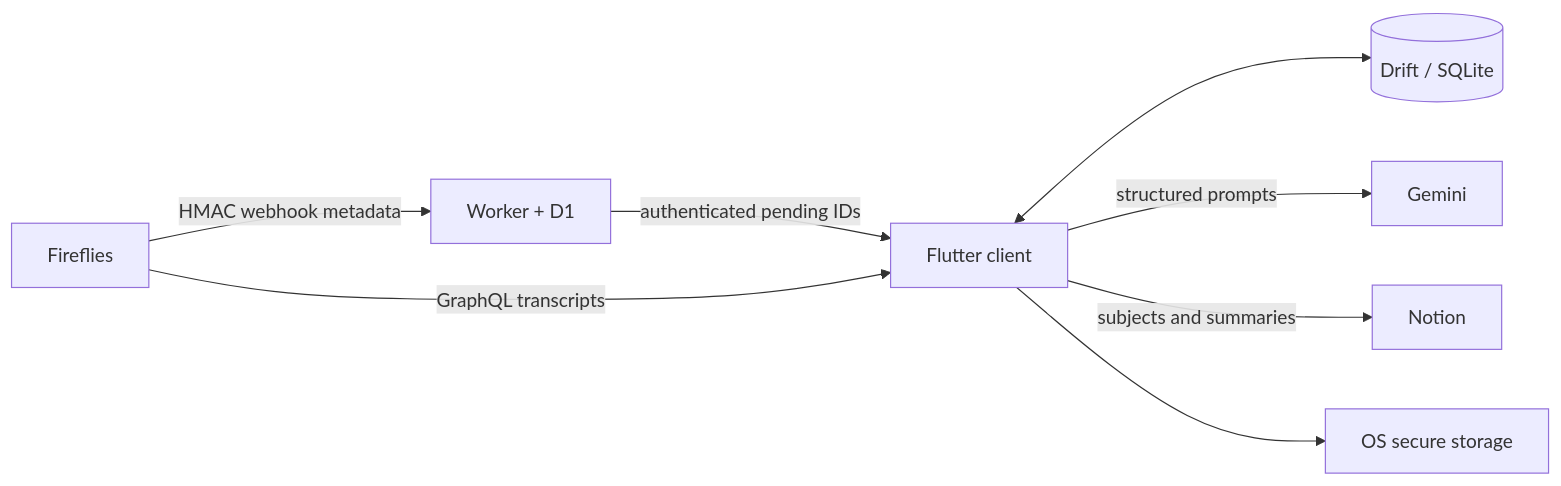
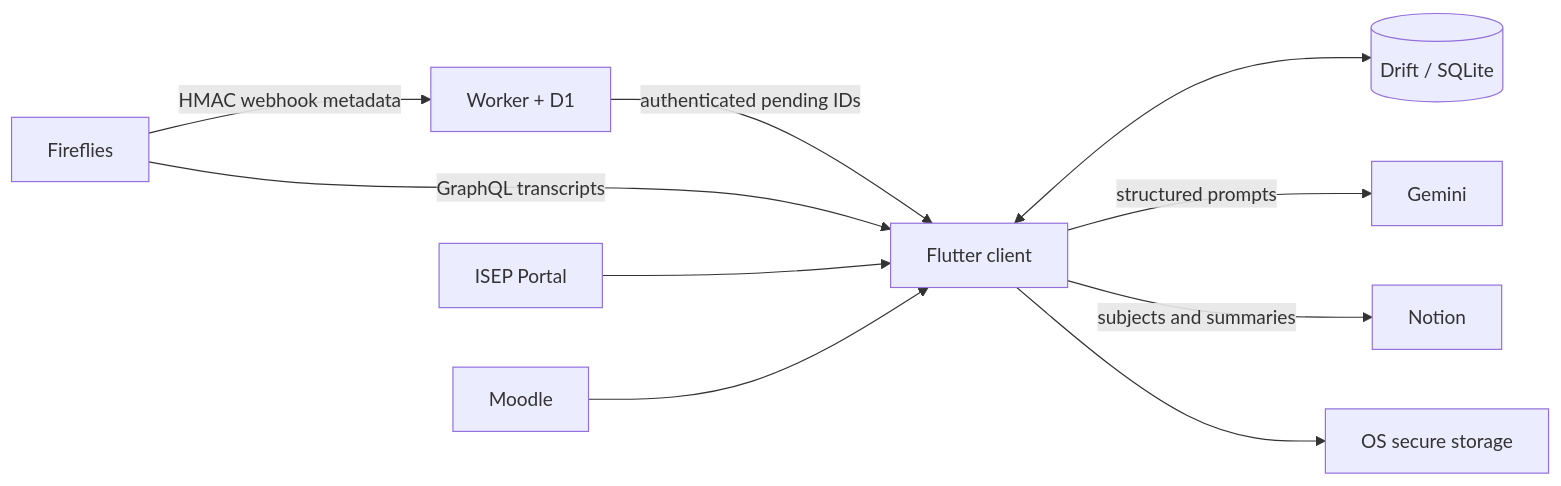
Before and after one commit to hugo2006alm/classsync: the diagram in README.md, drawn with Mermaid. The commit also changed other lines of this file and 39 other files, not shown here.

````diff
--- a/README.md
+++ b/README.md
@@ -34,10 +41,12 @@
 ```mermaid
 flowchart LR
   F[Fireflies] -->|HMAC webhook metadata| R[Worker + D1]
   R -->|authenticated pending IDs| C[Flutter client]
   F -->|GraphQL transcripts| C
   C <--> D[(Drift / SQLite)]
   C -->|structured prompts| G[Gemini]
   C -->|subjects and summaries| N[Notion]
   C --> S[OS secure storage]
+  P[ISEP Portal] --> C
+  M[Moodle] --> C
 ```
````
